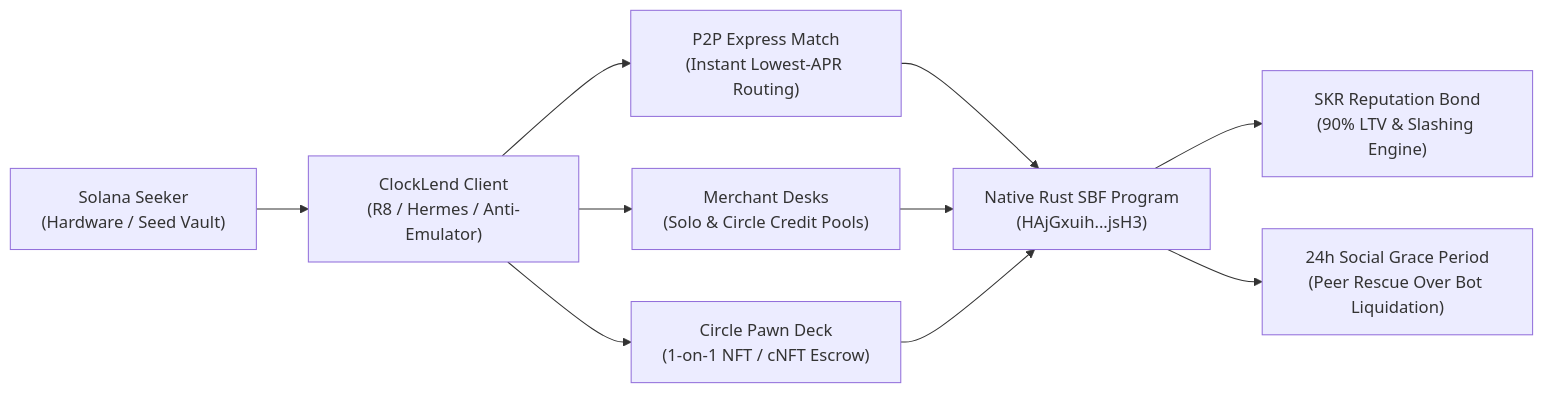
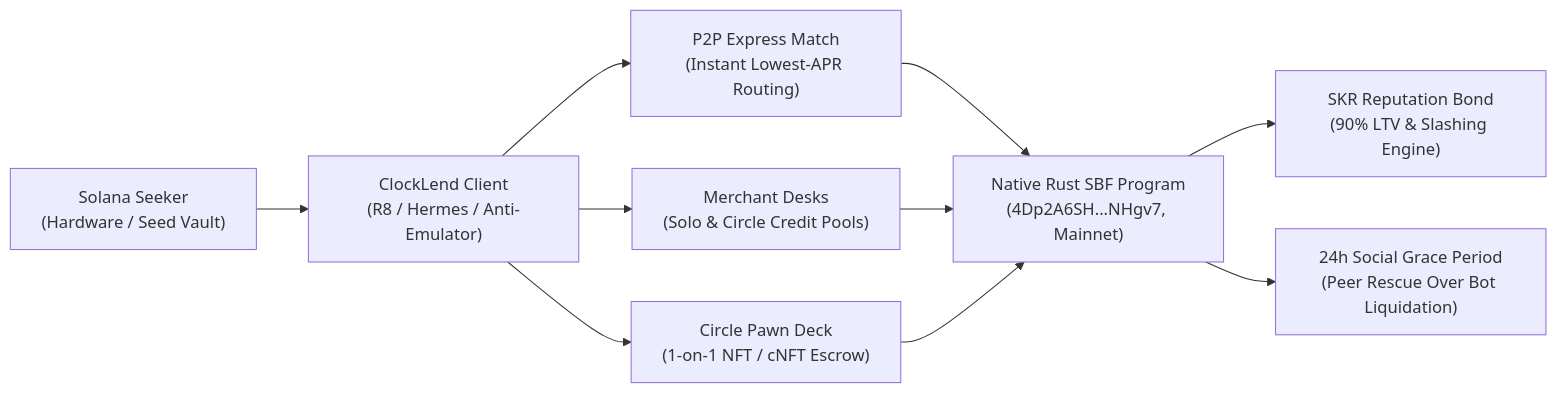
Before and after one commit to luckysitara/ClockLend: the first of 4 diagrams in README.md, drawn with Mermaid. The commit also changed other lines of this file and 19 other files, not shown here.

````diff
--- a/README.md
+++ b/README.md
@@ -75,10 +87,10 @@
 ```mermaid
 flowchart LR
     A["Solana Seeker<br>(Hardware / Seed Vault)"] --> B["ClockLend Client<br>(R8 / Hermes / Anti-Emulator)"]
     B --> C["P2P Express Match<br>(Instant Lowest-APR Routing)"]
     B --> D["Merchant Desks<br>(Solo & Circle Credit Pools)"]
     B --> E["Circle Pawn Deck<br>(1-on-1 NFT / cNFT Escrow)"]
-    C & D & E --> F["Native Rust SBF Program<br>(HAjGxuih...jsH3)"]
+    C & D & E --> F["Native Rust SBF Program<br>(4Dp2A6SH...NHgv7, Mainnet)"]
     F --> G["SKR Reputation Bond<br>(90% LTV & Slashing Engine)"]
     F --> H["24h Social Grace Period<br>(Peer Rescue Over Bot Liquidation)"]
 ```
````
